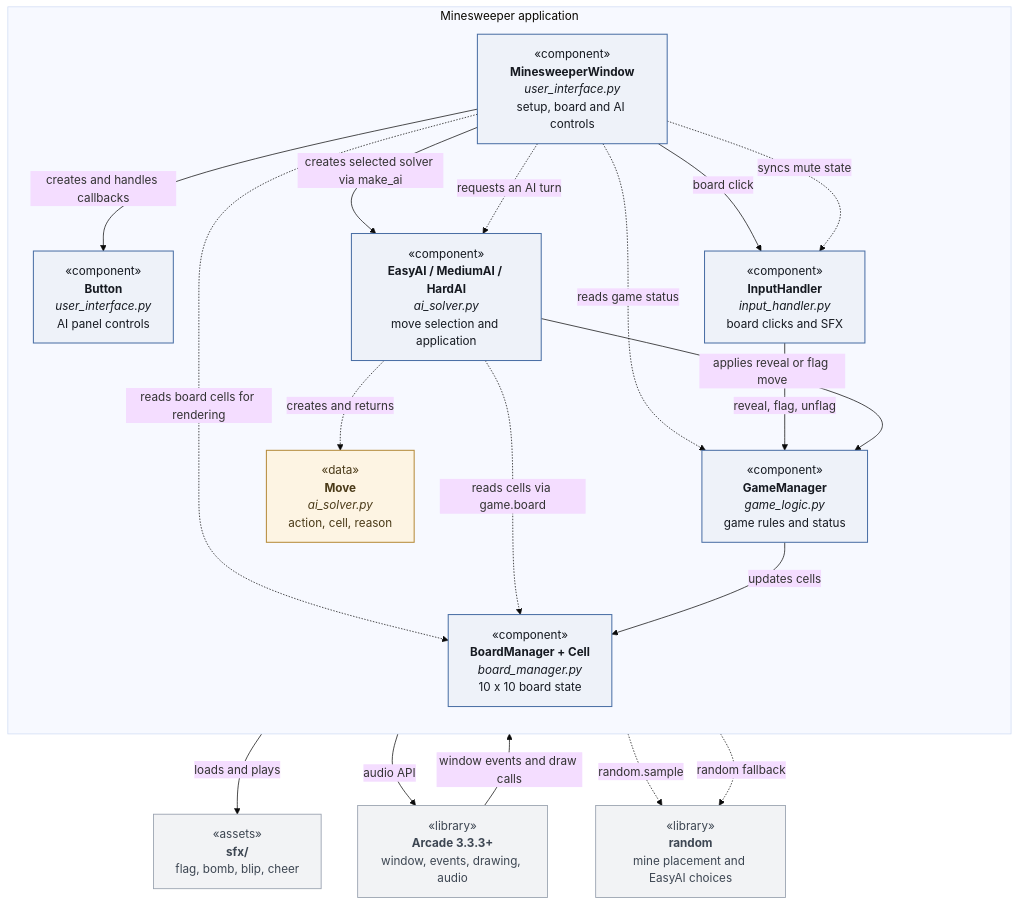
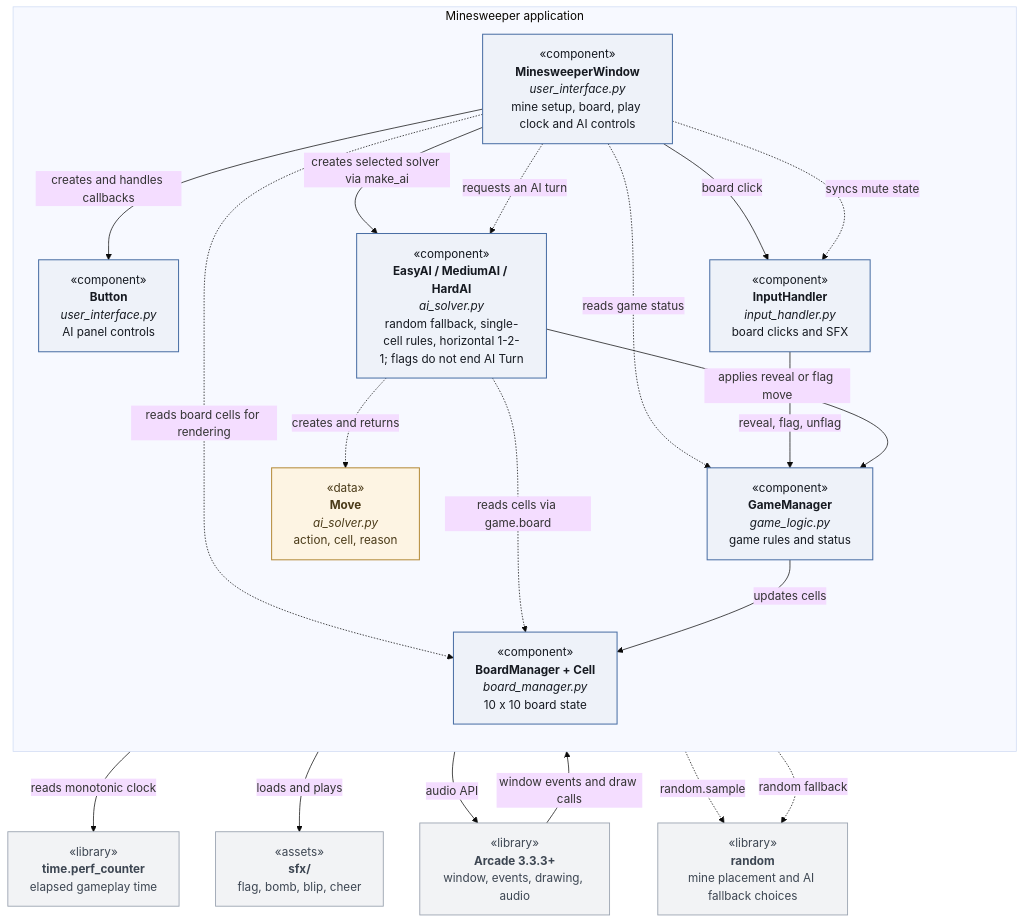
One commit to flec1115/EECS-581-MineSweeper changed the first of 3 diagrams in system-diagrams/overview.md. Above: the diagram before and after it, drawn with Mermaid (base theme). The commit also changed other lines of this file and 8 other files, not shown here.

````diff
--- a/system-diagrams/overview.md
+++ b/system-diagrams/overview.md
@@ -10,42 +12,44 @@
 ```mermaid
 flowchart TB
     ARC["«library»<br/><b>Arcade 3.3.3+</b><br/>window, events, drawing, audio"]
-    RND["«library»<br/><b>random</b><br/>mine placement and EasyAI choices"]
+    RND["«library»<br/><b>random</b><br/>mine placement and AI fallback choices"]
+    CLOCK["«library»<br/><b>time.perf_counter</b><br/>elapsed gameplay time"]
     SFX["«assets»<br/><b>sfx/</b><br/>flag, bomb, blip, cheer"]
 
     subgraph APP["Minesweeper application"]
       direction TB
-      UI["«component»<br/><b>MinesweeperWindow</b><br/><i>user_interface.py</i><br/>setup, board and AI controls"]
+      UI["«component»<br/><b>MinesweeperWindow</b><br/><i>user_interface.py</i><br/>mine setup, board, play clock and AI controls"]
       BTN["«component»<br/><b>Button</b><br/><i>user_interface.py</i><br/>AI panel controls"]
       IH["«component»<br/><b>InputHandler</b><br/><i>input_handler.py</i><br/>board clicks and SFX"]
-      AI["«component»<br/><b>EasyAI / MediumAI / HardAI</b><br/><i>ai_solver.py</i><br/>move selection and application"]
+      AI["«component»<br/><b>EasyAI / MediumAI / HardAI</b><br/><i>ai_solver.py</i><br/>random fallback, single-cell rules, horizontal 1-2-1; flags do not end AI Turn"]
       MOVE["«data»<br/><b>Move</b><br/><i>ai_solver.py</i><br/>action, cell, reason"]
       GL["«component»<br/><b>GameManager</b><br/><i>game_logic.py</i><br/>game rules and status"]
       BM["«component»<br/><b>BoardManager + Cell</b><br/><i>board_manager.py</i><br/>10 x 10 board state"]
     end
 
     ARC -->|"window events and draw calls"| UI
     UI -->|"creates and handles callbacks"| BTN
     UI -->|"board click"| IH
     UI -->|"creates selected solver via make_ai"| AI
     UI -.->|"reads game status"| GL
     UI -.->|"reads board cells for rendering"| BM
     UI -.->|"requests an AI turn"| AI
+    UI -->|"reads monotonic clock"| CLOCK
     IH -->|"reveal, flag, unflag"| GL
     IH -->|"loads and plays"| SFX
     IH -->|"audio API"| ARC
     UI -.->|"syncs mute state"| IH
     AI -->|"applies reveal or flag move"| GL
     AI -.->|"creates and returns"| MOVE
     AI -.->|"reads cells via game.board"| BM
     GL -->|"updates cells"| BM
     GL -.->|"random.sample"| RND
     AI -.->|"random fallback"| RND
 
     classDef comp fill:#eef2f9,stroke:#4a6fa5,stroke-width:1.4px,color:#161a21
     classDef data fill:#fdf4e3,stroke:#b58b3a,stroke-width:1.4px,color:#4a3a18
     classDef lib fill:#f2f3f5,stroke:#9aa3b0,stroke-width:1.2px,color:#3d4652
     class UI,BTN,IH,AI,GL,BM comp
     class MOVE data
-    class ARC,RND,SFX lib
+    class ARC,RND,CLOCK,SFX lib
 ```
````
